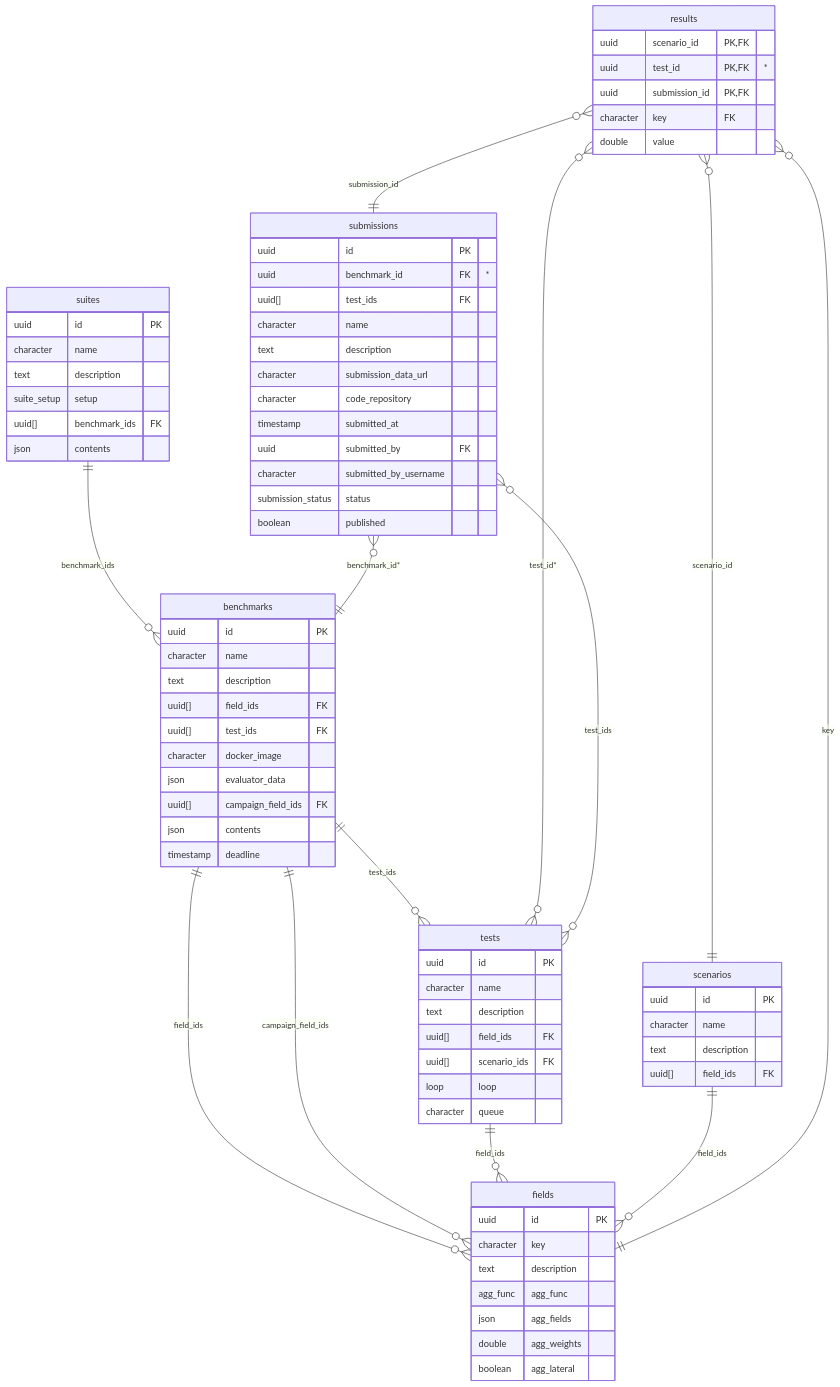
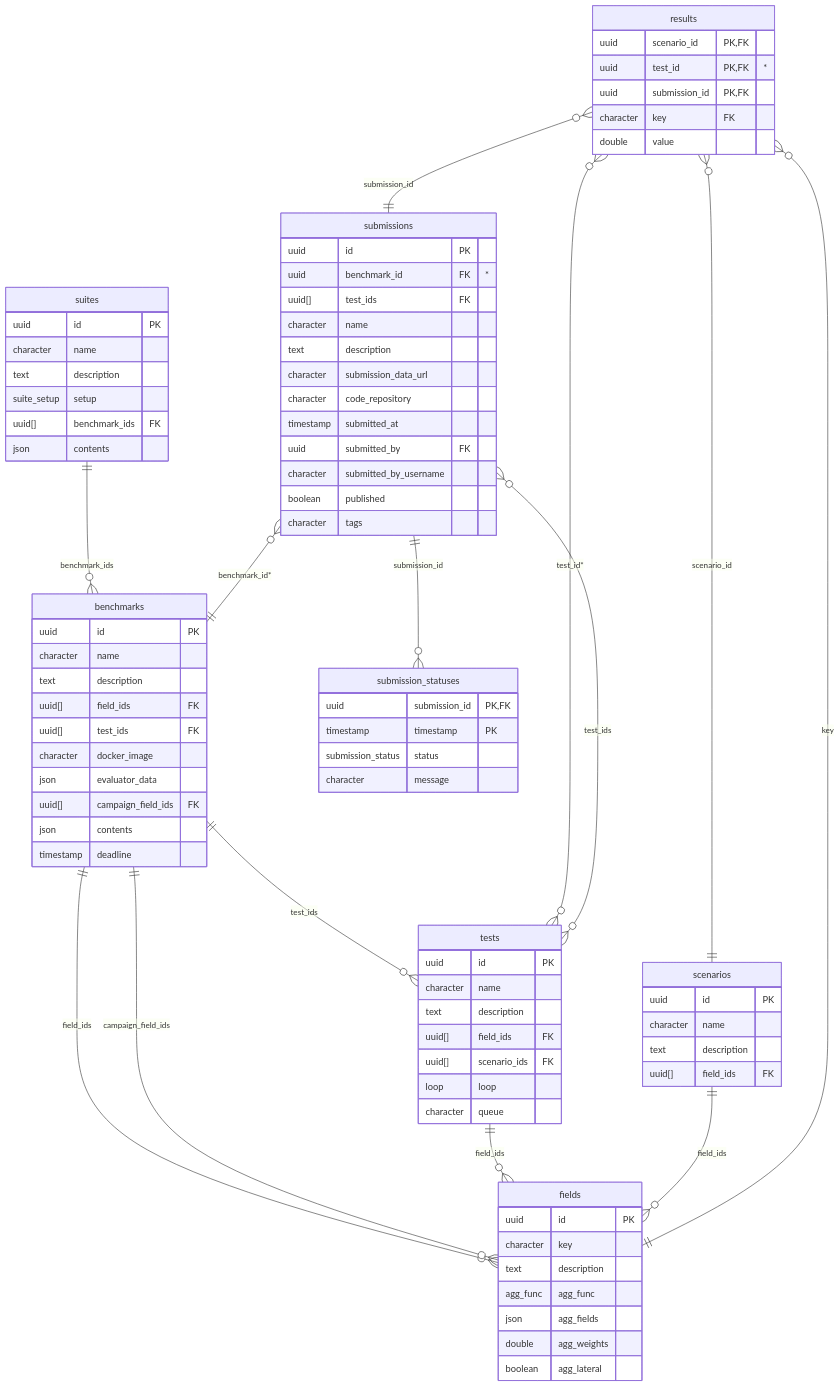
The second of 6 diagrams in docs/ARCHITECTURE.md (flatland-association/flatland-benchmarks), drawn with Mermaid before and after one commit. The commit also changed other lines of this file, not shown here.

Commit message:
docs: fix submission status data model.

```diff
--- a/docs/ARCHITECTURE.md
+++ b/docs/ARCHITECTURE.md
@@ -442,6 +442,7 @@
   results many to one fields: key
   submissions many to 1 benchmarks: "benchmark_id*"
   submissions many to many tests: test_ids
+  submissions one to zero or more submission_statuses: submission_id
 
   fields {
     uuid id PK
@@ -472,8 +473,15 @@
     timestamp submitted_at
     uuid submitted_by FK
     character submitted_by_username
+    boolean published
+    character tags
+  }
+
+  submission_statuses {
+    uuid submission_id PK, FK
+    timestamp timestamp PK
     submission_status status
-    boolean published
+    character message
   }
 
   suites {
```
